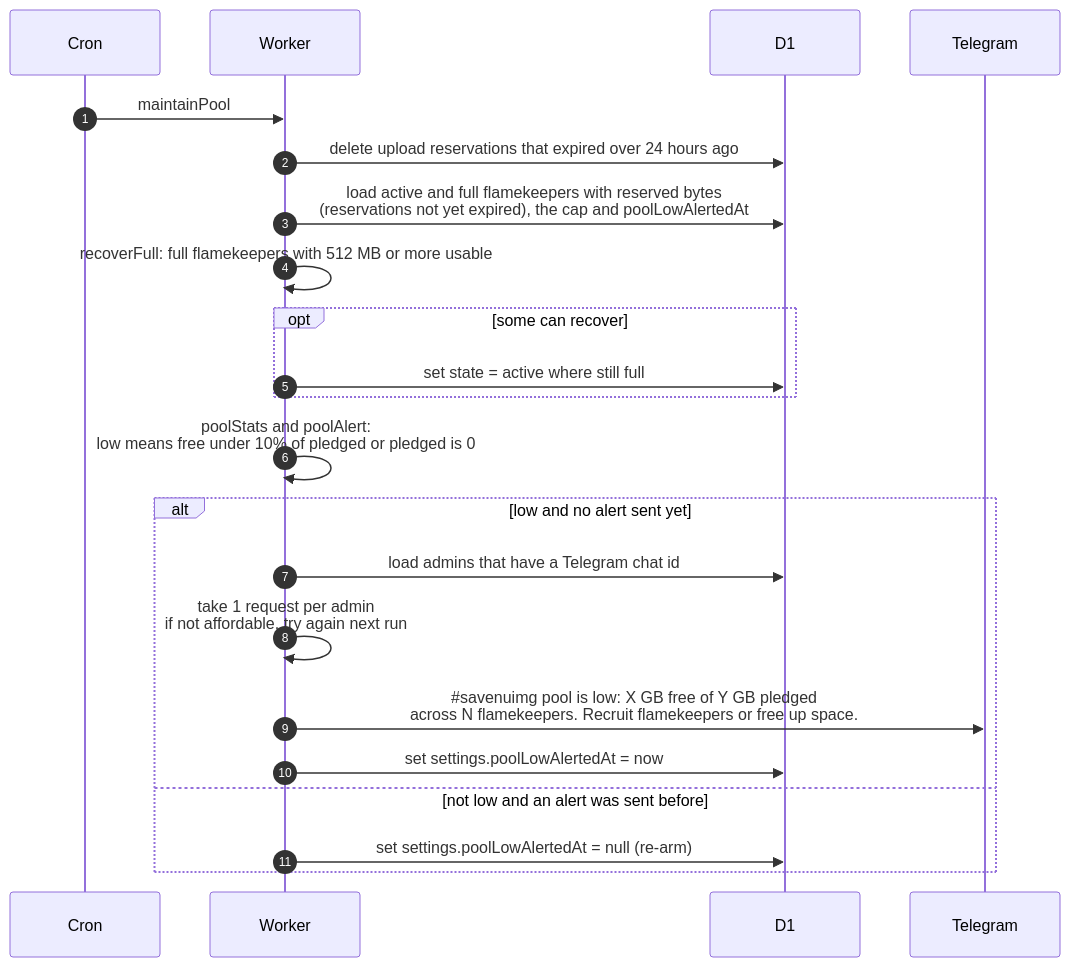
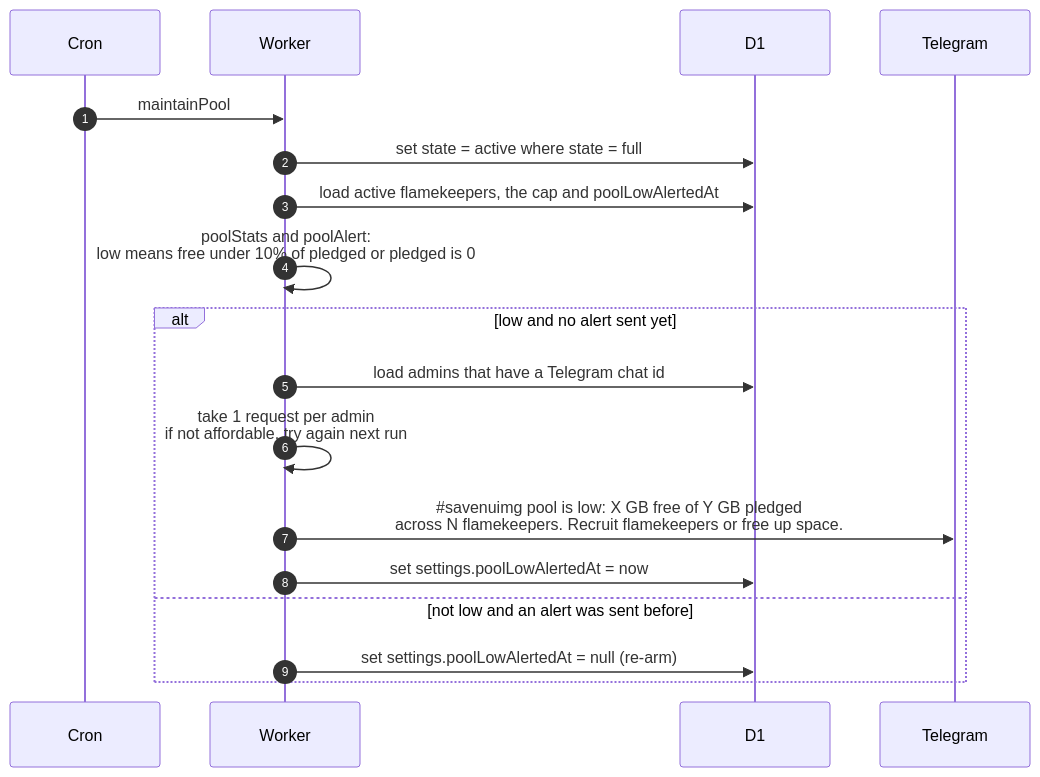
Before and after one commit to sagyzdop/meriksirat: the diagram in docs/scenarios/cron/flamekeepers/pool-top-up.md, drawn with Mermaid. The commit also changed other lines of this file and 74 other files, not shown here.

````diff
--- a/docs/scenarios/cron/flamekeepers/pool-top-up.md
+++ b/docs/scenarios/cron/flamekeepers/pool-top-up.md
@@ -39,25 +33,21 @@
 ```mermaid
 sequenceDiagram
     autonumber
     participant Cron
     participant Worker
     participant D1
     participant Telegram
 
     Cron->>Worker: maintainPool
-    Worker->>D1: delete upload reservations that expired over 24 hours ago
-    Worker->>D1: load active and full flamekeepers with reserved bytes<br/>(reservations not yet expired), the cap and poolLowAlertedAt
-    Worker->>Worker: recoverFull: full flamekeepers with 512 MB or more usable
-    opt some can recover
-        Worker->>D1: set state = active where still full
-    end
+    Worker->>D1: set state = active where state = full
+    Worker->>D1: load active flamekeepers, the cap and poolLowAlertedAt
     Worker->>Worker: poolStats and poolAlert:<br/>low means free under 10% of pledged or pledged is 0
     alt low and no alert sent yet
         Worker->>D1: load admins that have a Telegram chat id
         Worker->>Worker: take 1 request per admin<br/>if not affordable, try again next run
         Worker->>Telegram: #35;savenuimg pool is low: X GB free of Y GB pledged<br/>across N flamekeepers. Recruit flamekeepers or free up space.
         Worker->>D1: set settings.poolLowAlertedAt = now
     else not low and an alert was sent before
         Worker->>D1: set settings.poolLowAlertedAt = null (re-arm)
     end
 ```
````
